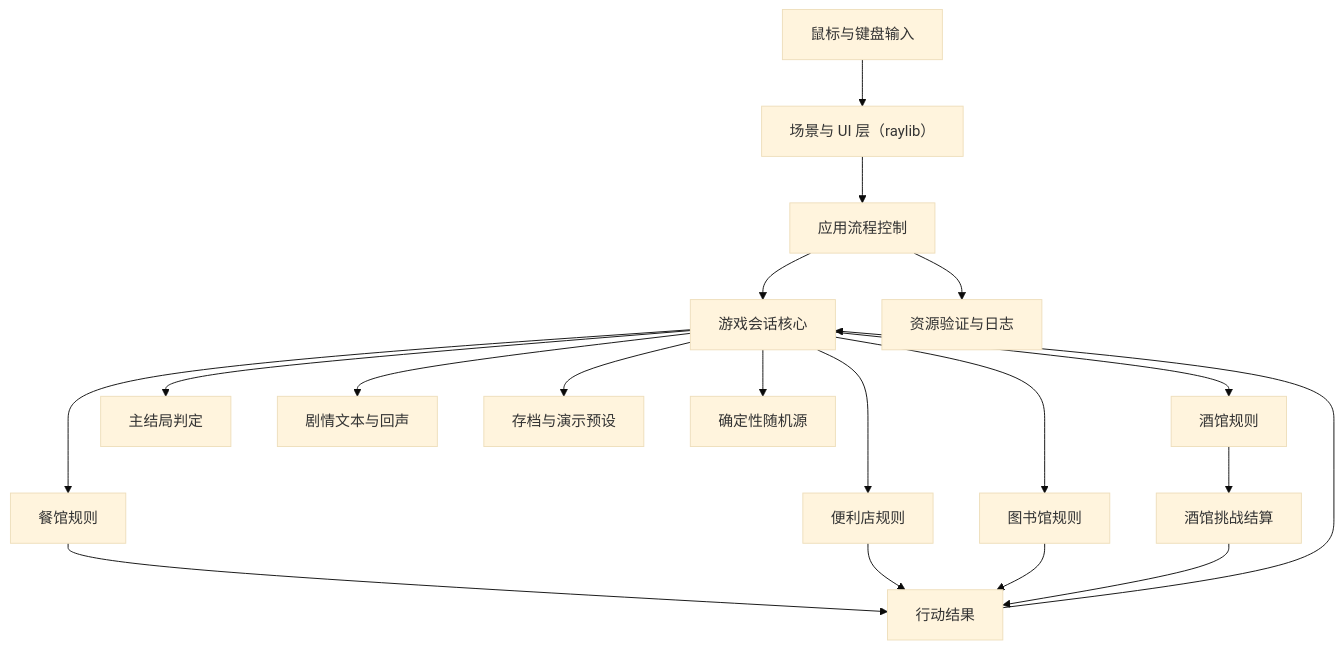
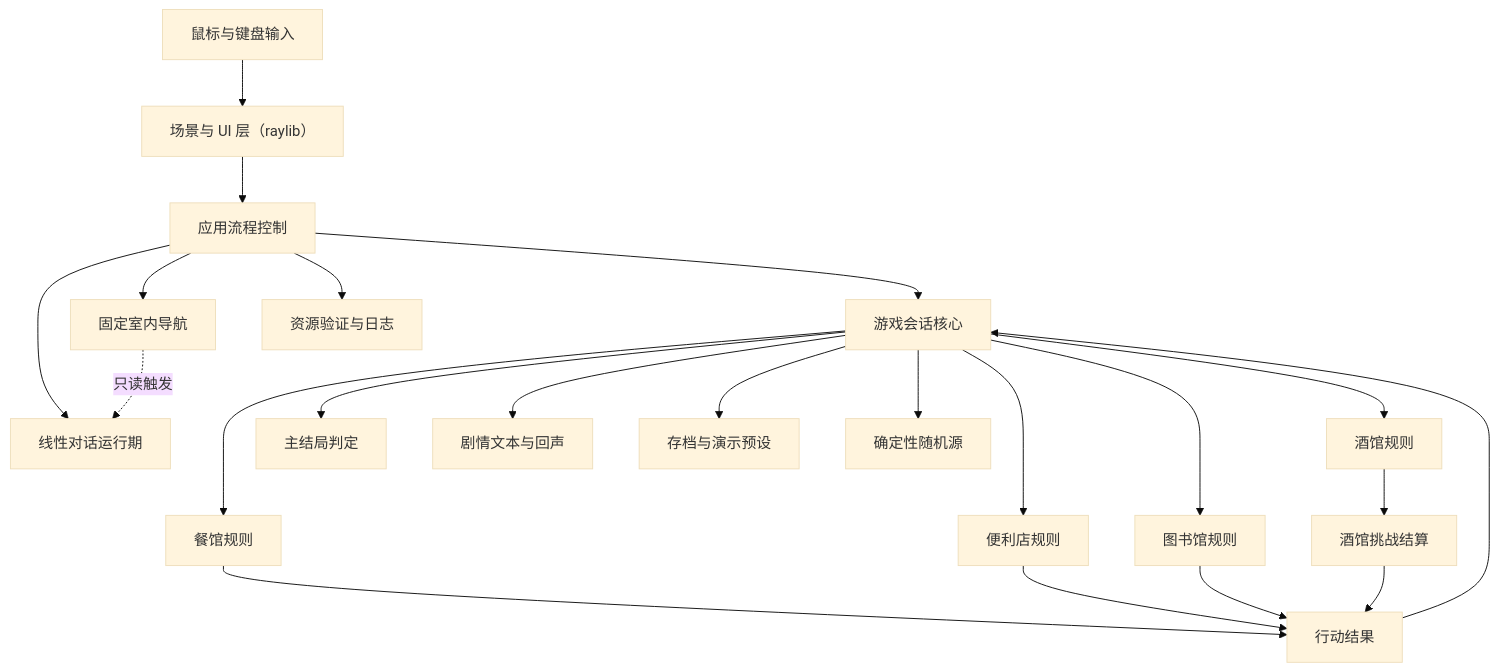
The first of 3 diagrams in docs/DESIGN.md (ljm-hsw/-666), drawn with Mermaid (base theme) before and after one commit. The commit also changed other lines of this file and 17 other files, not shown here.

Commit message:
Document P4 indoor navigation and dialogue scope

````diff
--- a/docs/DESIGN.md
+++ b/docs/DESIGN.md
@@ -17,21 +17,24 @@
 ```mermaid
 flowchart TB
     Input["鼠标与键盘输入"] --> Scenes["场景与 UI 层（raylib）"]
     Scenes --> App["应用流程控制"]
+    App --> Navigation["固定室内导航"]
+    App --> Dialogue["线性对话运行期"]
     App --> Core["游戏会话核心"]
     Core --> Restaurant["餐馆规则"]
     Core --> Store["便利店规则"]
     Core --> Library["图书馆规则"]
     Core --> Tavern["酒馆规则"]
     Core --> Ending["主结局判定"]
     Core --> Story["剧情文本与回声"]
     Core --> Save["存档与演示预设"]
     Core --> Random["确定性随机源"]
     App --> Resources["资源验证与日志"]
     Restaurant --> Result["行动结果"]
     Store --> Result
     Library --> Result
     Tavern --> TavernSettlement["酒馆挑战结算"]
     TavernSettlement --> Result
     Result --> Core
+    Navigation -.->|只读触发| Dialogue
 ```
````
